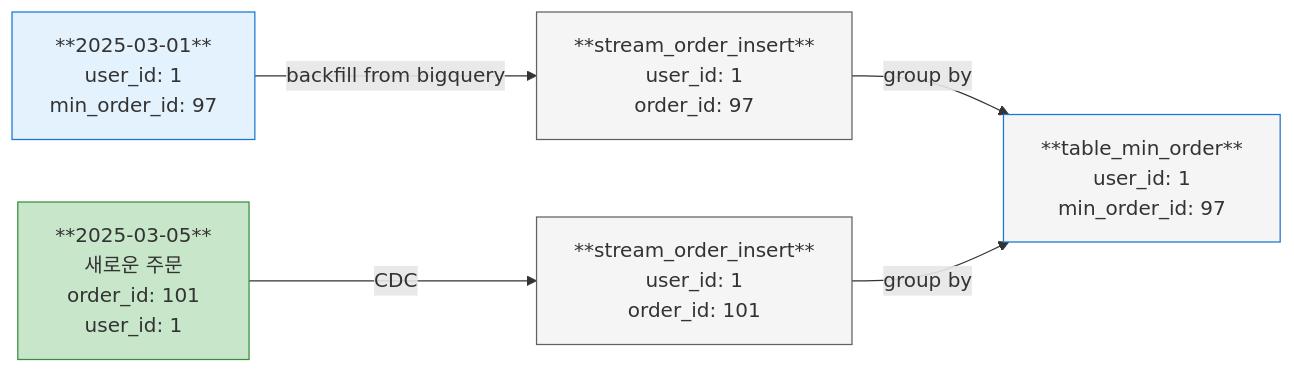
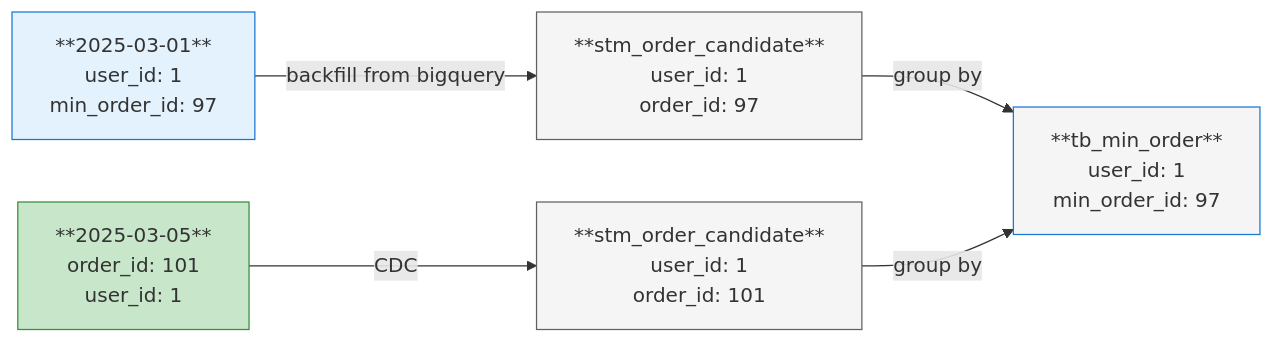
One commit to yecnj/yecnj.github.io changed the fifth of 7 diagrams in _notes/Public/Kafka/ksqlDB/ksqlDB.md. Above: the diagram before and after it, drawn with Mermaid. The commit also changed other lines of this file and 2 other files, not shown here.

```diff
--- a/_notes/Public/Kafka/ksqlDB/ksqlDB.md
+++ b/_notes/Public/Kafka/ksqlDB/ksqlDB.md
@@ -545,18 +573,18 @@
 <div class="mermaid">
 flowchart LR
     A[**2025-03-01**<br/>user_id: 1<br/>min_order_id: 97]:::backfill
-    B[**stream_order_insert**<br/>user_id: 1<br/>order_id: 97]:::stream
-    C[**stream_order_insert**<br/>user_id: 1<br/>order_id: 101]:::stream
-    D[**2025-03-05**<br/>새로운 주문<br/>order_id: 101<br/>user_id: 1]:::new
-    E[**table_min_order**<br/>user_id: 1<br/>min_order_id: 97]:::table
+    B[**stm_order_candidate**<br/>user_id: 1<br/>order_id: 97]:::stream
+    C[**stm_order_candidate**<br/>user_id: 1<br/>order_id: 101]:::stream
+    D[**2025-03-05**<br/>order_id: 101<br/>user_id: 1]:::new
+    E[**tb_min_order**<br/>user_id: 1<br/>min_order_id: 97]:::table
 
     A -- backfill from bigquery --> B
     D -- CDC --> C
     B -- group by --> E
     C -- group by --> E
 
     classDef backfill fill:#E3F2FD,stroke:#1976D2
     classDef new fill:#C8E6C9,stroke:#388e3c
     classDef stream fill:#F5F5F5,stroke:#616161
     classDef table fill:#F5F5F5,stroke:#1976D2
 </div>
```
